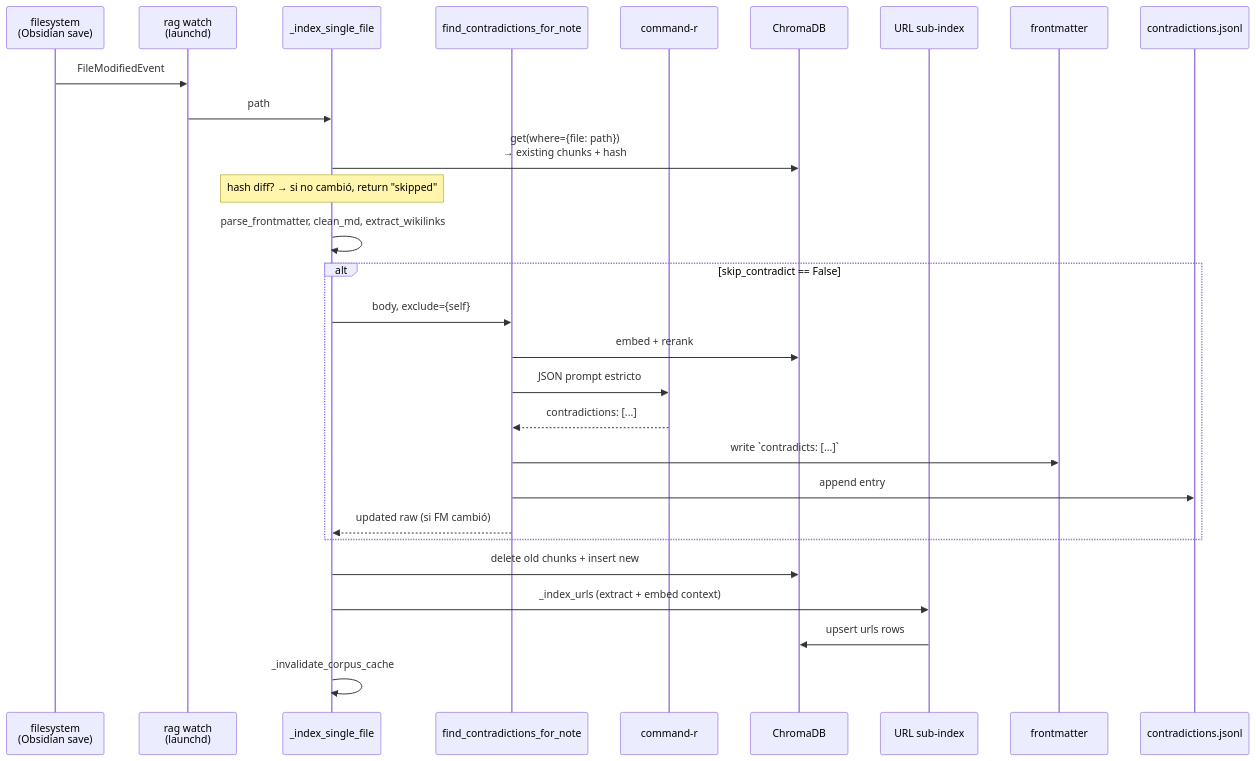
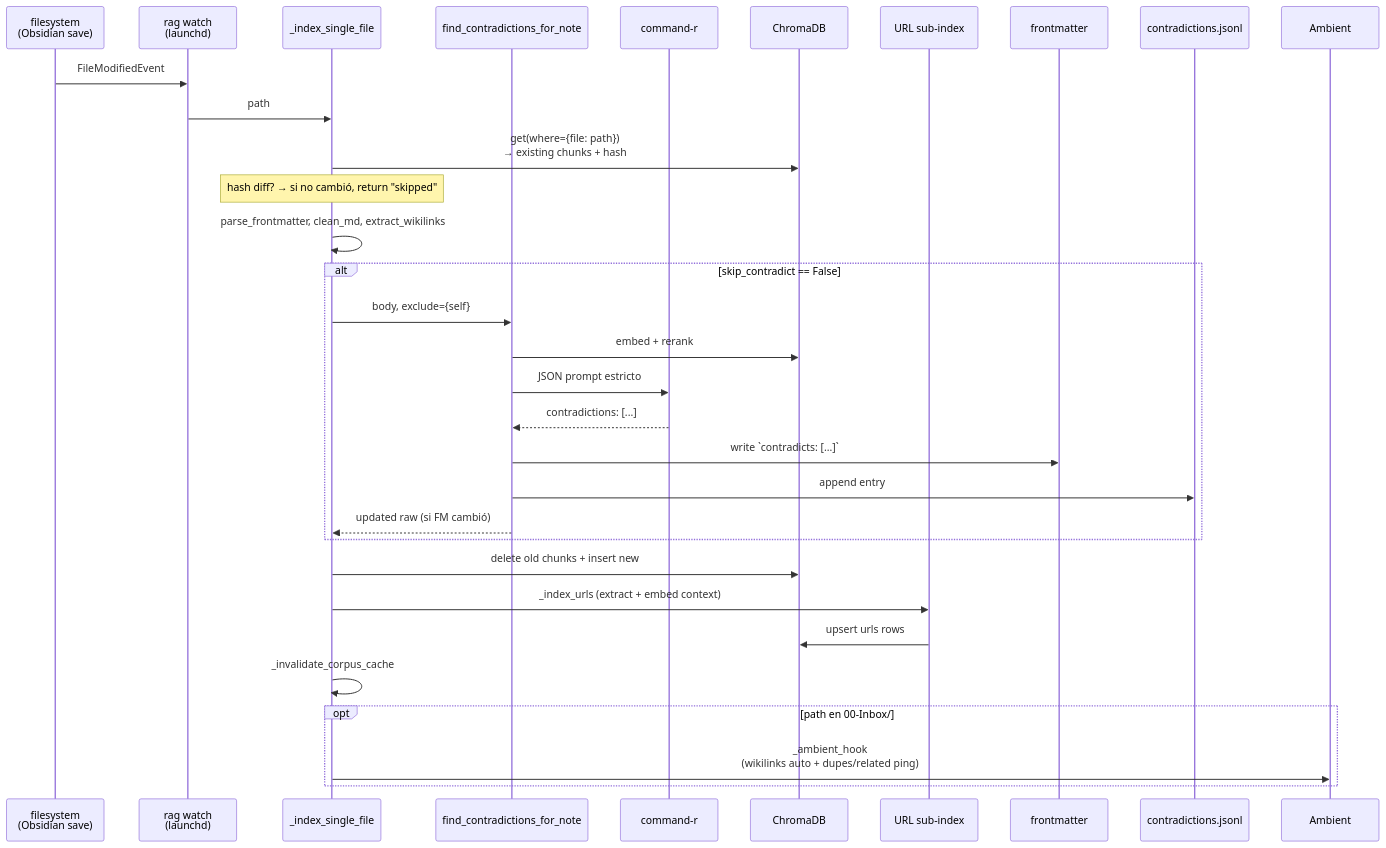
The second of 13 diagrams in docs/SYSTEM.md (jagoff/rag-obsidian), drawn with Mermaid before and after one commit. The commit also changed other lines of this file, not shown here.

First line of the commit message:
docs(SYSTEM): sección Ambient Agent + 2-bot split + ambient storage

````diff
--- a/docs/SYSTEM.md
+++ b/docs/SYSTEM.md
@@ -141,31 +141,34 @@
 ```mermaid
 sequenceDiagram
     participant FS as filesystem<br/>(Obsidian save)
     participant Watch as rag watch<br/>(launchd)
     participant ISF as _index_single_file
     participant CR as find_contradictions_for_note
     participant Chat as command-r
     participant Chroma as ChromaDB
     participant URLs as URL sub-index
     participant FM as frontmatter
     participant Log as contradictions.jsonl
 
     FS->>Watch: FileModifiedEvent
     Watch->>ISF: path
     ISF->>Chroma: get(where={file: path})<br/>→ existing chunks + hash
     Note over ISF: hash diff? → si no cambió, return "skipped"
     ISF->>ISF: parse_frontmatter, clean_md, extract_wikilinks
     alt skip_contradict == False
         ISF->>CR: body, exclude={self}
         CR->>Chroma: embed + rerank
         CR->>Chat: JSON prompt estricto
         Chat-->>CR: contradictions: [...]
         CR->>FM: write `contradicts: [...]`
         CR->>Log: append entry
         CR-->>ISF: updated raw (si FM cambió)
     end
     ISF->>Chroma: delete old chunks + insert new
     ISF->>URLs: _index_urls (extract + embed context)
     URLs->>Chroma: upsert urls rows
     ISF->>ISF: _invalidate_corpus_cache
+    opt path en 00-Inbox/
+        ISF->>Ambient: _ambient_hook<br/>(wikilinks auto + dupes/related ping)
+    end
 ```
````
